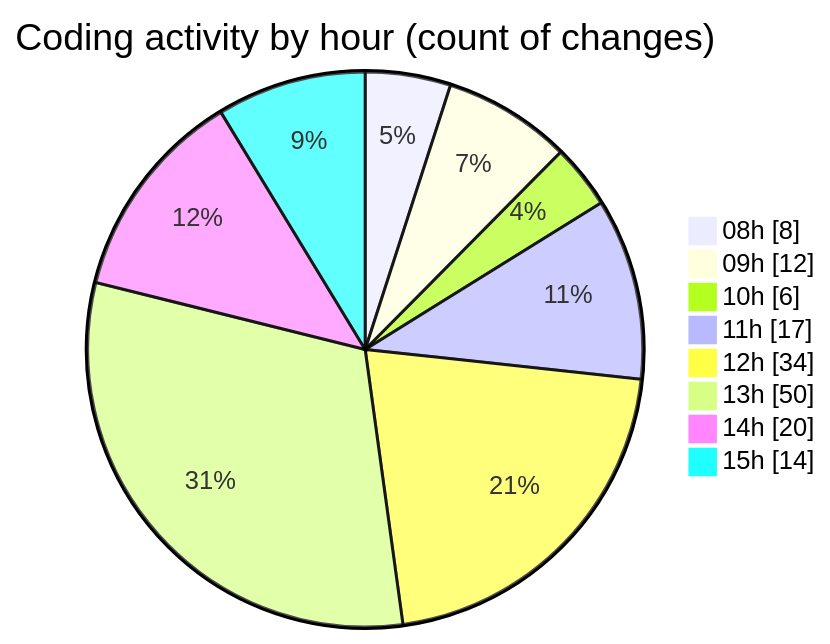
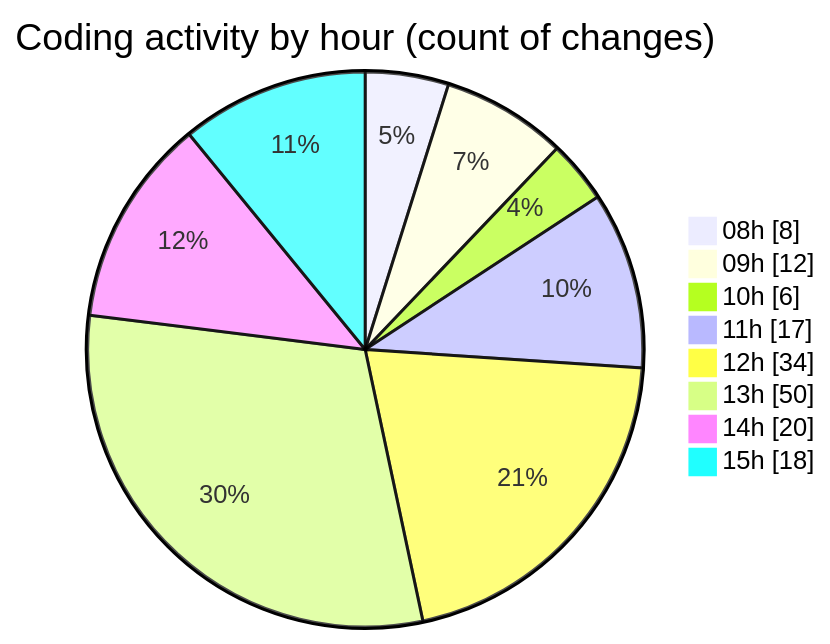
Before and after one commit to momahboobian/code-tracking: the second of 2 diagrams in 2025-09-15/cda/README.md, drawn with Mermaid. The commit also changed other lines of this file and 1 other file, not shown here.

````diff
--- a/2025-09-15/cda/README.md
+++ b/2025-09-15/cda/README.md
@@ -35,12 +35,12 @@
 ```mermaid
 pie showData
 title Coding activity by hour (count of changes)
 "08h" : 8
 "09h" : 12
 "10h" : 6
 "11h" : 17
 "12h" : 34
 "13h" : 50
 "14h" : 20
-"15h" : 14
+"15h" : 18
 ```
````
